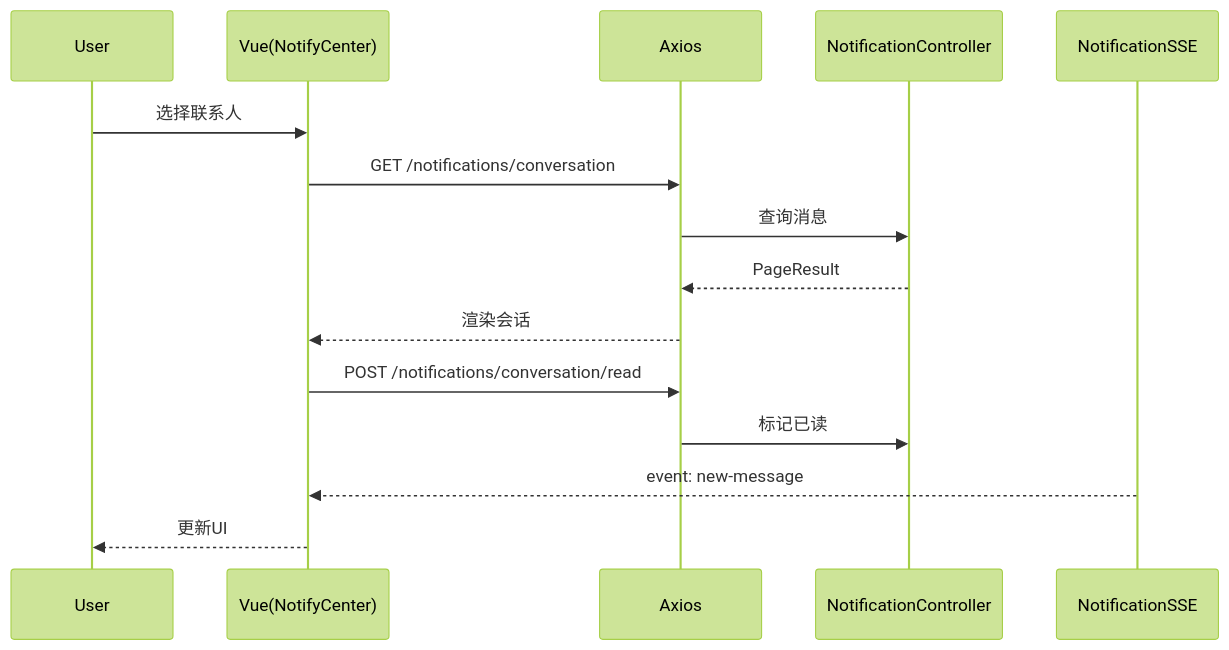
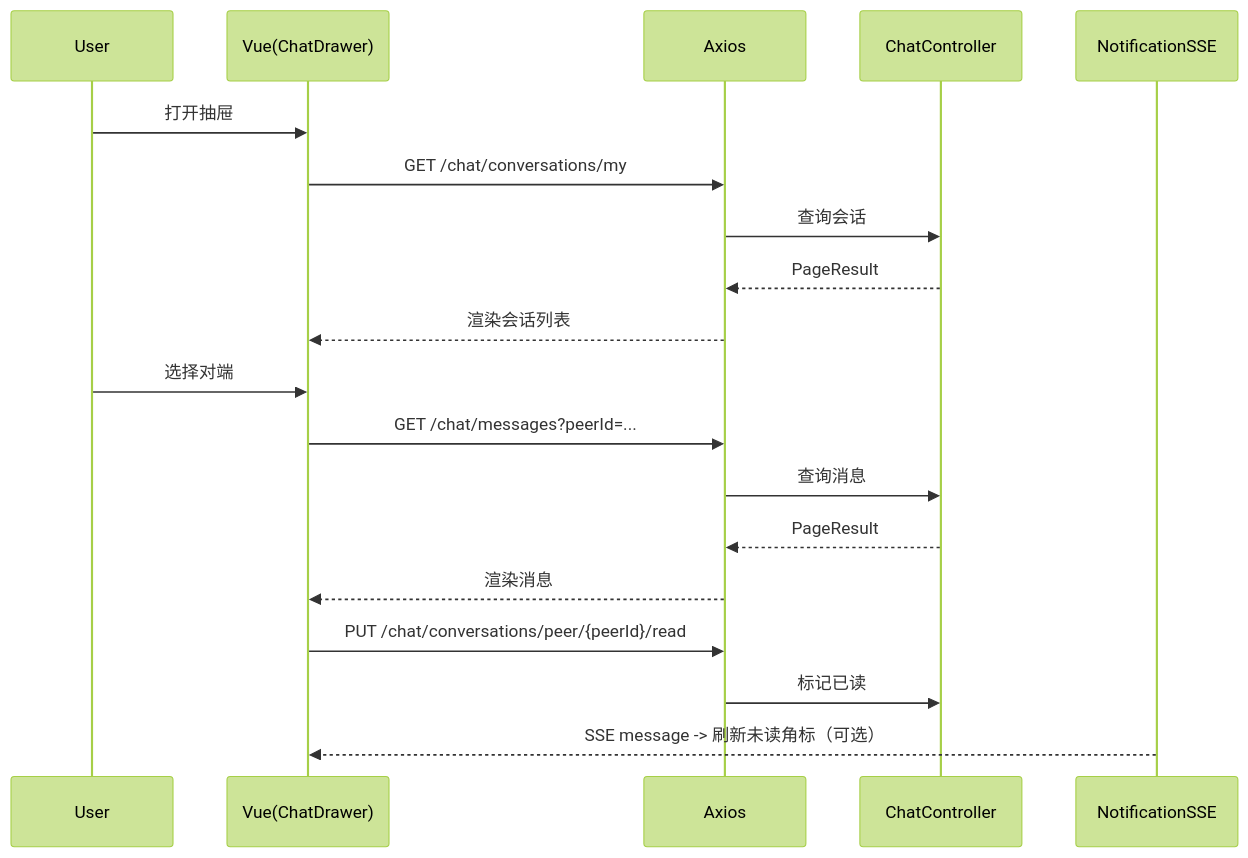
Before and after one commit to Xiaorui-Zhang537/student-core-competency-cultivation-assessment-system: the third of 4 diagrams in docs/cookbook.md, drawn with Mermaid (forest theme). The commit also changed other lines of this file and 110 other files, not shown here.

````diff
--- a/docs/cookbook.md
+++ b/docs/cookbook.md
@@ -108,18 +119,22 @@
 ```mermaid
 sequenceDiagram
   participant U as User
-  participant V as Vue(NotifyCenter)
+  participant V as Vue(ChatDrawer)
   participant A as Axios
-  participant N as NotificationController
+  participant C as ChatController
   participant S as NotificationSSE
 
-  U->>V: 选择联系人
-  V->>A: GET /notifications/conversation
-  A->>N: 查询消息
-  N-->>A: PageResult
-  A-->>V: 渲染会话
-  V->>A: POST /notifications/conversation/read
-  A->>N: 标记已读
-  S-->>V: event: new-message
-  V-->>U: 更新UI
+  U->>V: 打开抽屉
+  V->>A: GET /chat/conversations/my
+  A->>C: 查询会话
+  C-->>A: PageResult
+  A-->>V: 渲染会话列表
+  U->>V: 选择对端
+  V->>A: GET /chat/messages?peerId=...
+  A->>C: 查询消息
+  C-->>A: PageResult
+  A-->>V: 渲染消息
+  V->>A: PUT /chat/conversations/peer/{peerId}/read
+  A->>C: 标记已读
+  S-->>V: SSE message -> 刷新未读角标（可选）
 ```
````
